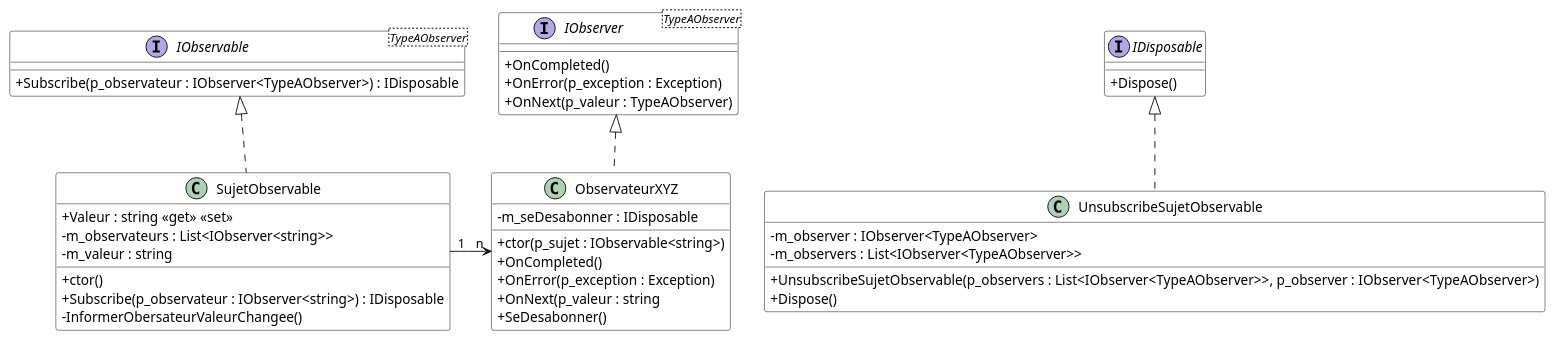
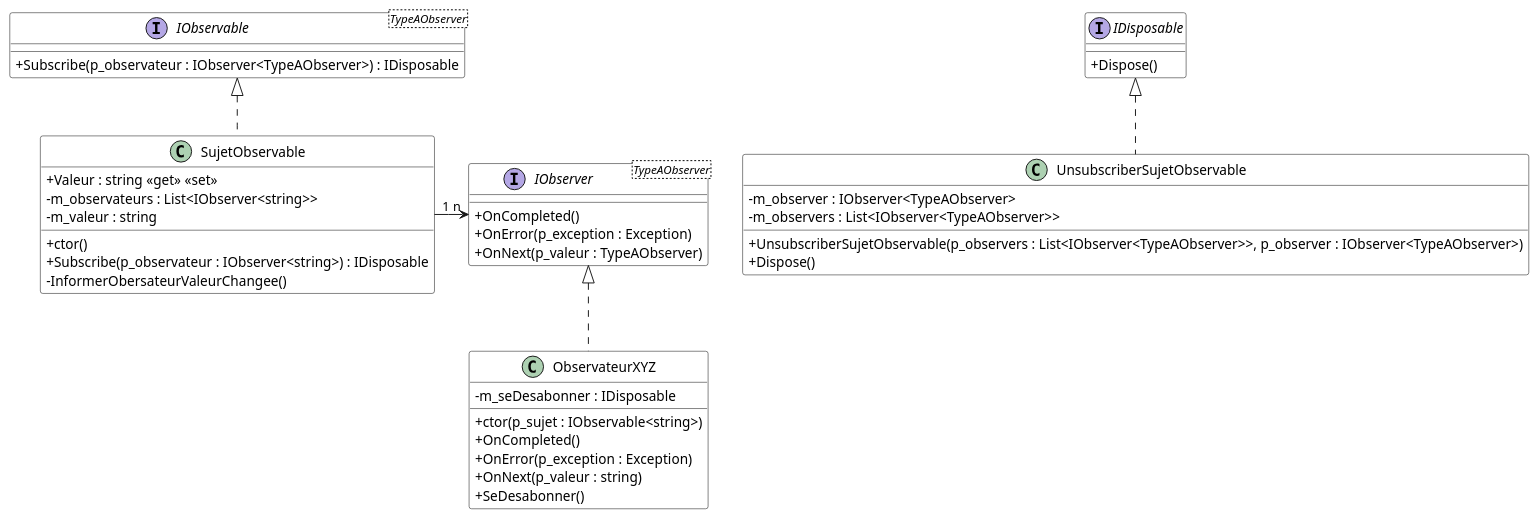
The diagram in Module10_Patrons_Conception02/diag/DiagCours.wsd (PiFou86/420-W30-SF), drawn with PlantUML before and after one commit. The commit also changed 7 other files, not shown here.

Commit message:
Ajout proposition de diagramme de classes

```diff
--- a/Module10_Patrons_Conception02/diag/DiagCours.wsd
+++ b/Module10_Patrons_Conception02/diag/DiagCours.wsd
@@ -1,54 +1,54 @@
 @startuml DiagDTO
 
 skinparam classAttributeIconSize 0
 skinparam class {
     BackgroundColor White
     BorderColor #000
 }
 
 interface IDisposable {
     + Dispose()
 }
 
 interface IObservable<TypeAObserver> {
     + Subscribe(p_observateur : IObserver<TypeAObserver>) : IDisposable
 }
 
 interface IObserver<TypeAObserver> {
     + OnCompleted()
     + OnError(p_exception : Exception)
     + OnNext(p_valeur : TypeAObserver)
 }
 
 class SujetObservable {
     + Valeur : string <<get>> <<set>>
     - m_observateurs : List<IObserver<string>>
     - m_valeur : string
     + ctor()
     + Subscribe(p_observateur : IObserver<string>) : IDisposable
     - InformerObersateurValeurChangee()
 }
 
 class ObservateurXYZ {
     - m_seDesabonner : IDisposable
     + ctor(p_sujet : IObservable<string>)
     + OnCompleted()
     + OnError(p_exception : Exception)
-    + OnNext(p_valeur : string
+    + OnNext(p_valeur : string)
     + SeDesabonner()
 }
 
-class UnsubscribeSujetObservable {
+class UnsubscriberSujetObservable {
     - m_observer : IObserver<TypeAObserver>
     - m_observers : List<IObserver<TypeAObserver>>
-    + UnsubscribeSujetObservable(p_observers : List<IObserver<TypeAObserver>>, p_observer : IObserver<TypeAObserver>)
+    + UnsubscriberSujetObservable(p_observers : List<IObserver<TypeAObserver>>, p_observer : IObserver<TypeAObserver>)
     + Dispose()
 }
 
-SujetObservable "1" -right-> "n" ObservateurXYZ
+SujetObservable "1" -right-> "n" IObserver
 IObserver <|.. ObservateurXYZ
-IDisposable <|.. UnsubscribeSujetObservable
+IDisposable <|.. UnsubscriberSujetObservable
 IObservable <|.. SujetObservable
 
 
 @enduml
```
